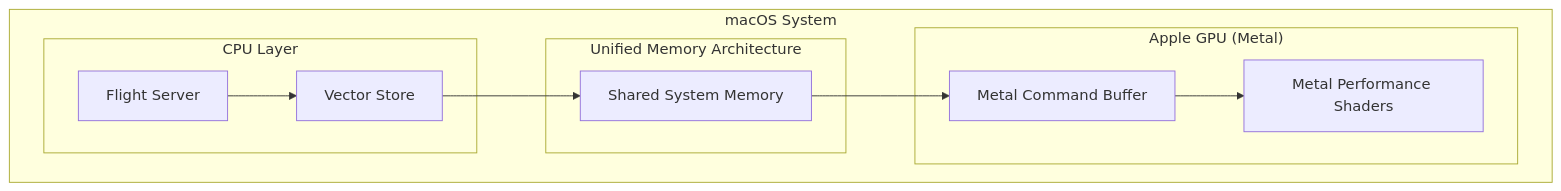
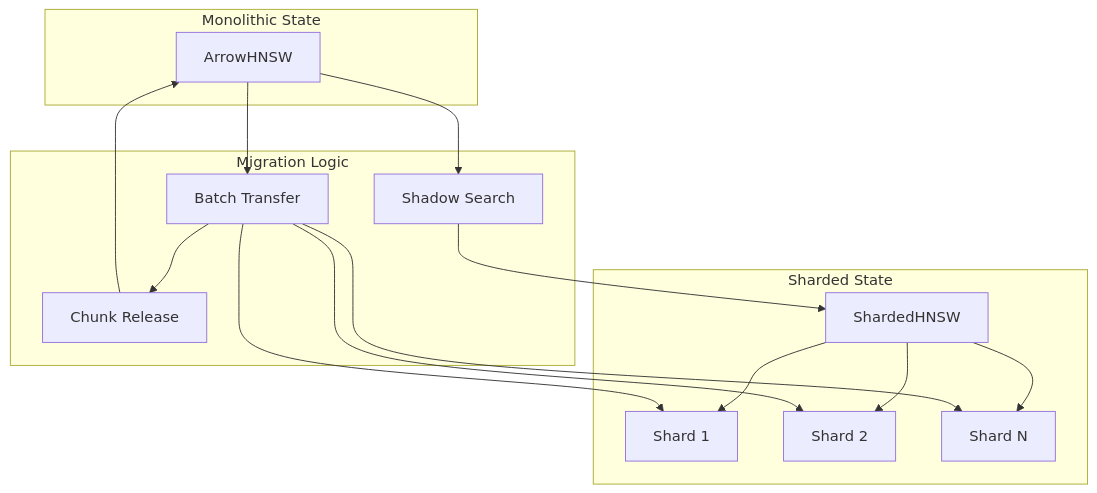
One commit to 23skdu/longbow changed the fourth of 5 diagrams in docs/architecture.md. Above: the diagram before and after it, drawn with Mermaid. The commit also changed other lines of this file and 14 other files, not shown here.

````diff
--- a/docs/architecture.md
+++ b/docs/architecture.md
@@ -149,23 +195,29 @@
 ```mermaid
-graph TB
-    subgraph Mac["macOS System"]
-        subgraph CPU["CPU Layer"]
-            FlightSrv["Flight Server"]
-            VectorStore["Vector Store"]
-        end
-
-        subgraph Unified["Unified Memory Architecture"]
-            SharedMem["Shared System Memory"]
-        end
-
-        subgraph GPU["Apple GPU (Metal)"]
-            MetalCmd["Metal Command Buffer"]
-            MPS["Metal Performance Shaders"]
-        end
+graph TD
+    subgraph Mono["Monolithic State"]
+        IndexM["ArrowHNSW"]
     end
 
-    FlightSrv --> VectorStore
-    VectorStore --> SharedMem
-    SharedMem --> MetalCmd
-    MetalCmd --> MPS
+    subgraph Sharded["Sharded State"]
+        IndexS["ShardedHNSW"]
+        S1["Shard 1"]
+        S2["Shard 2"]
+        SN["Shard N"]
+    end
+
+    subgraph Migration["Migration Logic"]
+        Shadow[Shadow Search]
+        Batch[Batch Transfer]
+        Release[Chunk Release]
+    end
+
+    IndexM --> Shadow
+    Shadow --> IndexS
+    IndexS --> S1 & S2 & SN
+    
+    IndexM --> Batch
+    Batch --> S1 & S2 & SN
+    
+    Batch --> Release
+    Release --> IndexM
 ```
````
